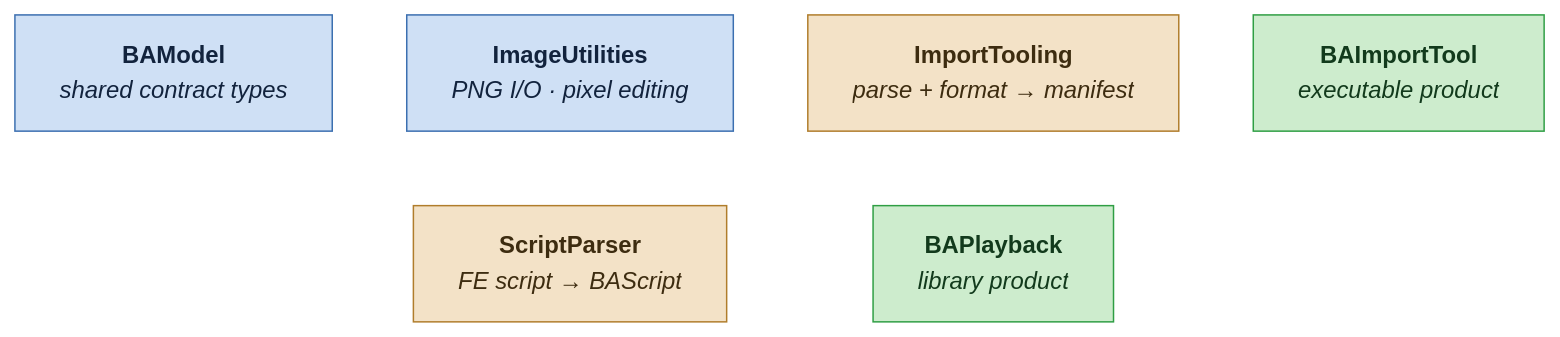
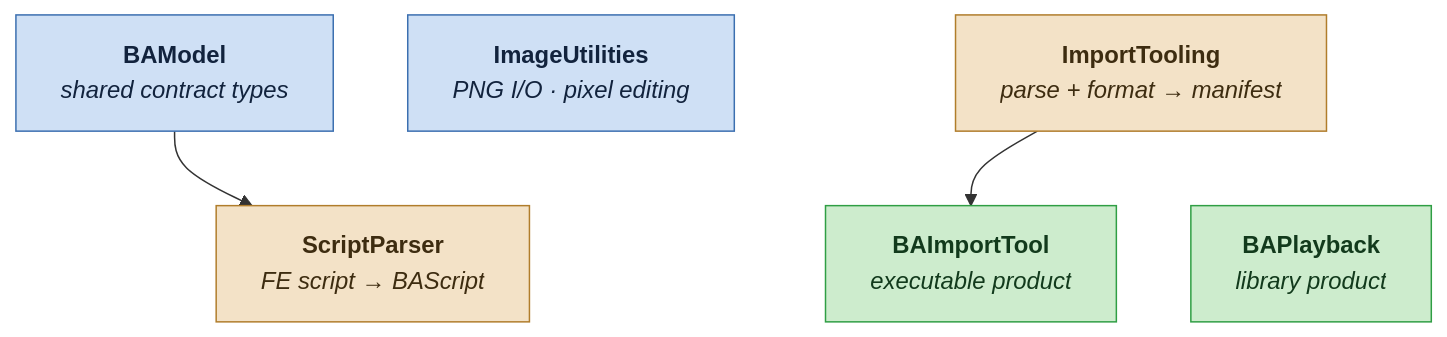
Before and after one commit to gannonmg/HexEmblem: the diagram in BattleAnimationCore/.docs/diagrams/.dependency-graph.mmd, drawn with Mermaid. The commit also changed 1 other file, not shown here.

Commit message:
mermaid edit 2

```diff
--- a/BattleAnimationCore/.docs/diagrams/.dependency-graph.mmd
+++ b/BattleAnimationCore/.docs/diagrams/.dependency-graph.mmd
@@ -1,25 +1,32 @@
 ---
 config:
 layout: elk
 ---
 graph TD
     BAModel["`**BAModel**
     _shared contract types_`"]:::foundation
     ImageUtilities["`**ImageUtilities**
     _PNG I/O · pixel editing_`"]:::foundation
     ScriptParser["`**ScriptParser**
     _FE script → BAScript_`"]:::internal
     ImportTooling["`**ImportTooling**
     _parse + format → manifest_`"]:::internal
     BAPlayback["`**BAPlayback**
     _library product_`"]:::product
     BAImportTool["`**BAImportTool**
     _executable product_`"]:::product
 
+    BAModel --> ScriptParser
+    %% BAModel --> ImportTooling
+    %% BAModel --> BAPlayback
+    %% ImageUtilities --> ImportTooling
+    %% ScriptParser --> ImportTooling
+    ImportTooling --> BAImportTool
+
     %% invisible hints (not drawn) — align nodes by role, not by depth
     ImageUtilities ~~~ ScriptParser
     ImportTooling ~~~ BAPlayback
 
     classDef foundation fill:#cfe0f5,stroke:#3b6fb0,stroke-width:1px,color:#12233d;
     classDef internal fill:#f3e2c7,stroke:#b07d2b,stroke-width:1px,color:#3d2c10;
     classDef product fill:#cdeccd,stroke:#2f9e44,stroke-width:1px,color:#123a1c;
```
